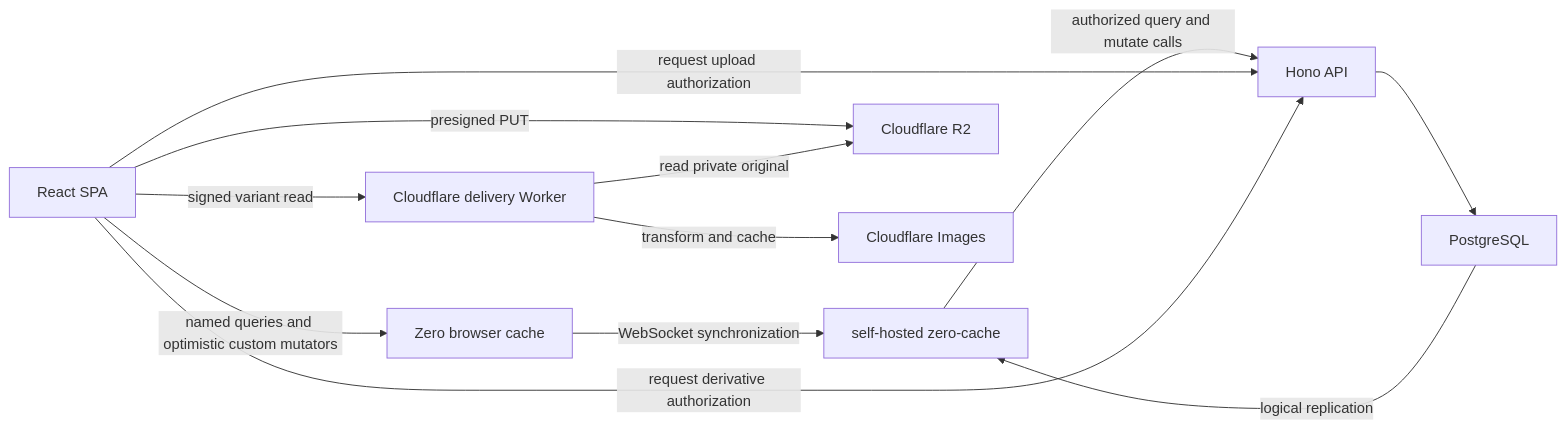
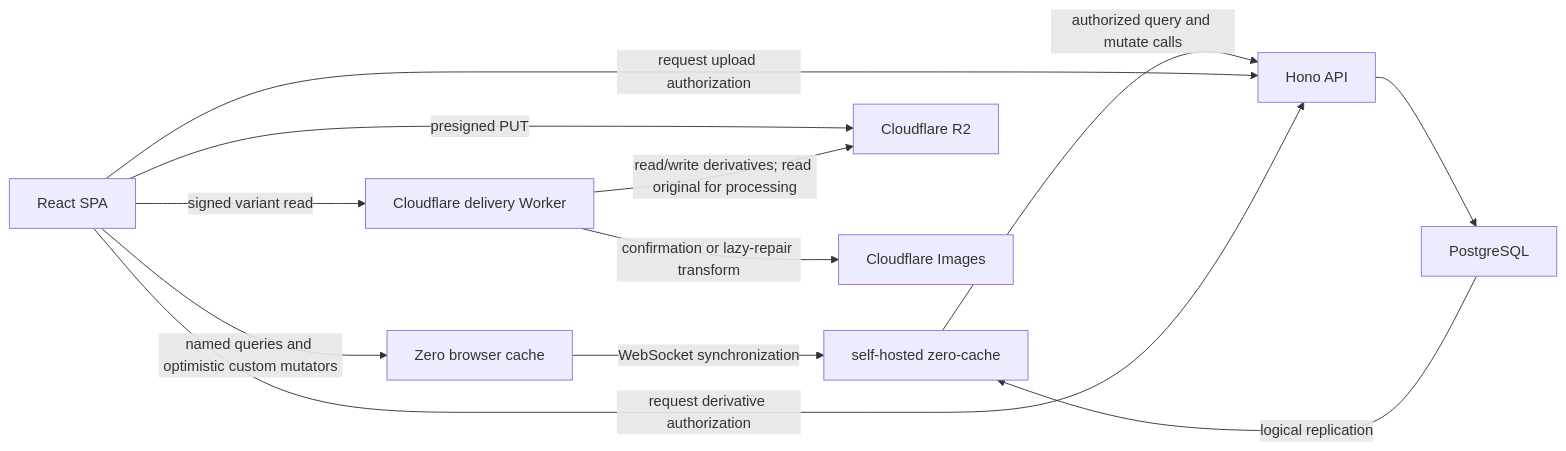
One commit to arturchichorro/home-hub changed the first of 2 diagrams in docs/architecture.md. Above: the diagram before and after it, drawn with Mermaid. The commit also changed other lines of this file and 16 other files, not shown here.

````diff
--- a/docs/architecture.md
+++ b/docs/architecture.md
@@ -63,14 +65,14 @@
 ```mermaid
 flowchart LR
   UI["React SPA"] -->|"named queries and optimistic custom mutators"| ZC["Zero browser cache"]
   ZC -->|"WebSocket synchronization"| Cache["self-hosted zero-cache"]
   Cache -->|"authorized query and mutate calls"| API["Hono API"]
   API --> PG["PostgreSQL"]
   PG -->|"logical replication"| Cache
   UI -->|"request upload authorization"| API
   UI -->|"presigned PUT"| R2["Cloudflare R2"]
   UI -->|"request derivative authorization"| API
   UI -->|"signed variant read"| Edge["Cloudflare delivery Worker"]
-  Edge -->|"read private original"| R2
-  Edge -->|"transform and cache"| Images["Cloudflare Images"]
+  Edge -->|"read/write derivatives; read original for processing"| R2
+  Edge -->|"confirmation or lazy-repair transform"| Images["Cloudflare Images"]
 ```
````
